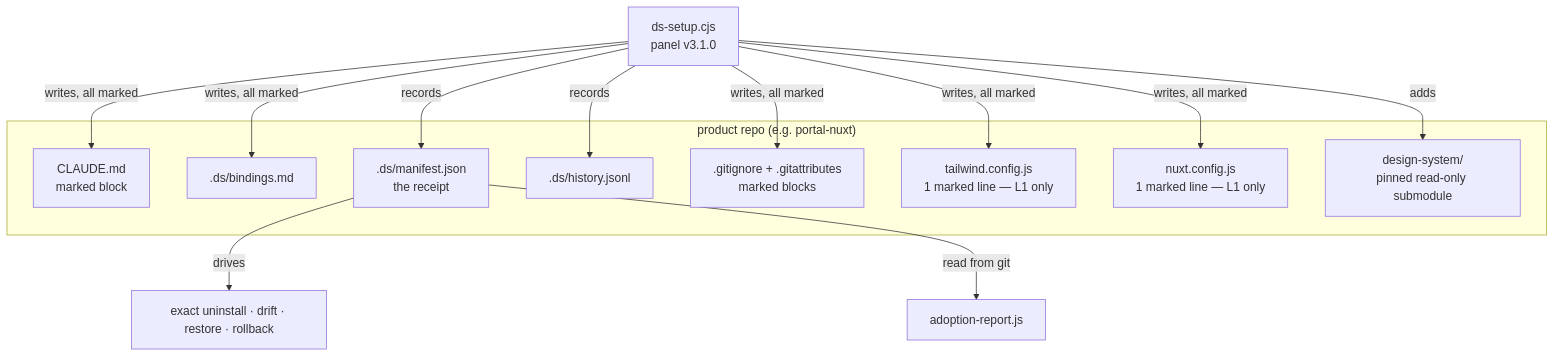
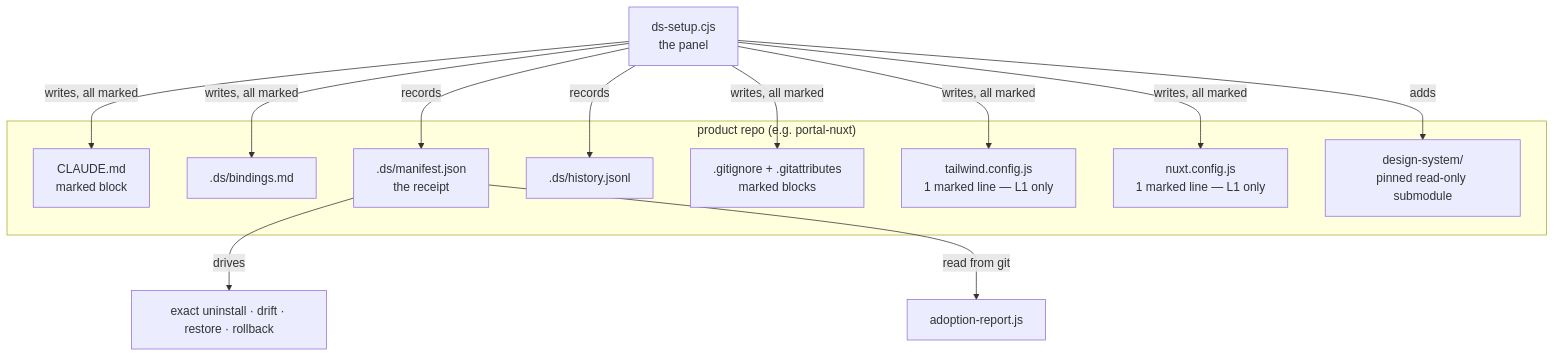
The third of 4 diagrams in docs/ARCHITECTURE.md (alamehan/design-system), drawn with Mermaid before and after one commit. The commit also changed other lines of this file and 91 other files, not shown here.

````diff
--- a/docs/ARCHITECTURE.md
+++ b/docs/ARCHITECTURE.md
@@ -108,18 +117,18 @@
 ```mermaid
 flowchart TD
   subgraph product["product repo (e.g. portal-nuxt)"]
     CM["CLAUDE.md<br/>marked block"]
     BD[".ds/bindings.md"]
     MF[".ds/manifest.json<br/>the receipt"]
     HS[".ds/history.jsonl"]
     GI[".gitignore + .gitattributes<br/>marked blocks"]
     TW["tailwind.config.js<br/>1 marked line — L1 only"]
     NX["nuxt.config.js<br/>1 marked line — L1 only"]
     SUB["design-system/<br/>pinned read-only submodule"]
   end
-  PANEL["ds-setup.cjs<br/>panel v3.1.0"] -->|writes, all marked| CM & BD & GI & TW & NX
+  PANEL["ds-setup.cjs<br/>the panel"] -->|writes, all marked| CM & BD & GI & TW & NX
   PANEL -->|records| MF & HS
   PANEL -->|adds| SUB
   MF -->|drives| REV["exact uninstall · drift · restore · rollback"]
   MF -->|read from git| RPT["adoption-report.js"]
 ```
````
